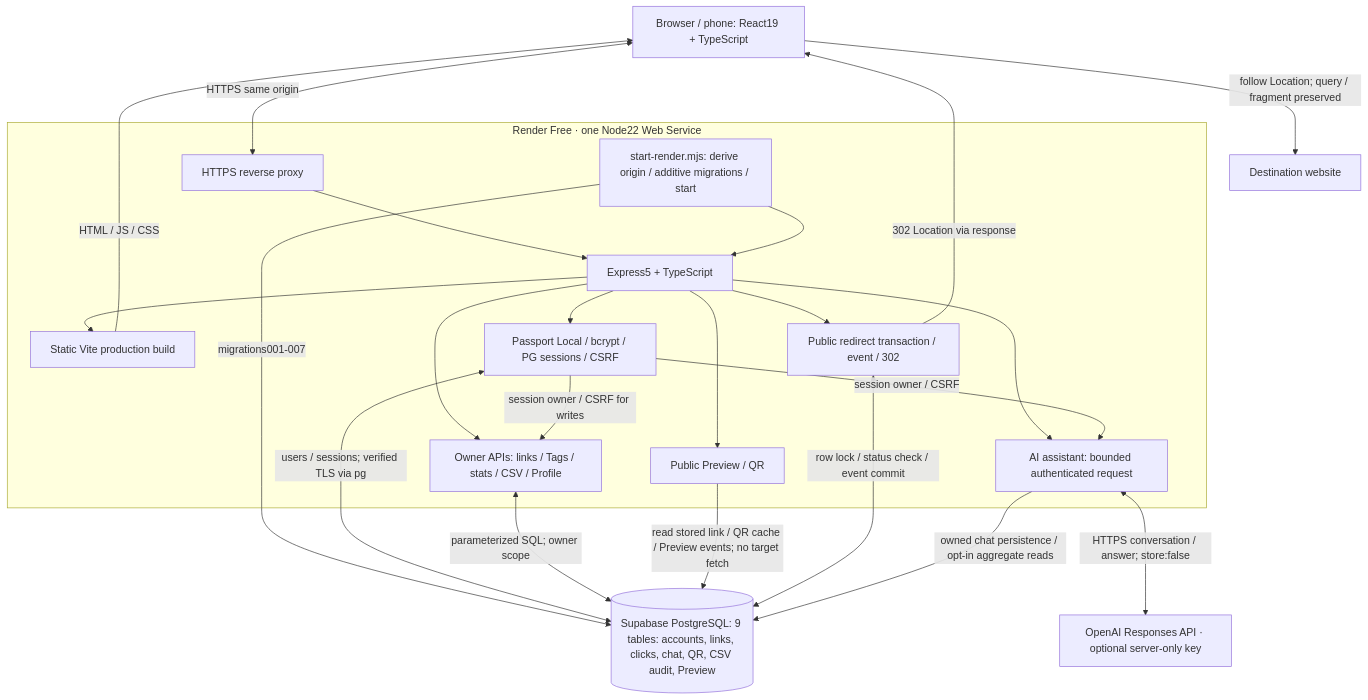
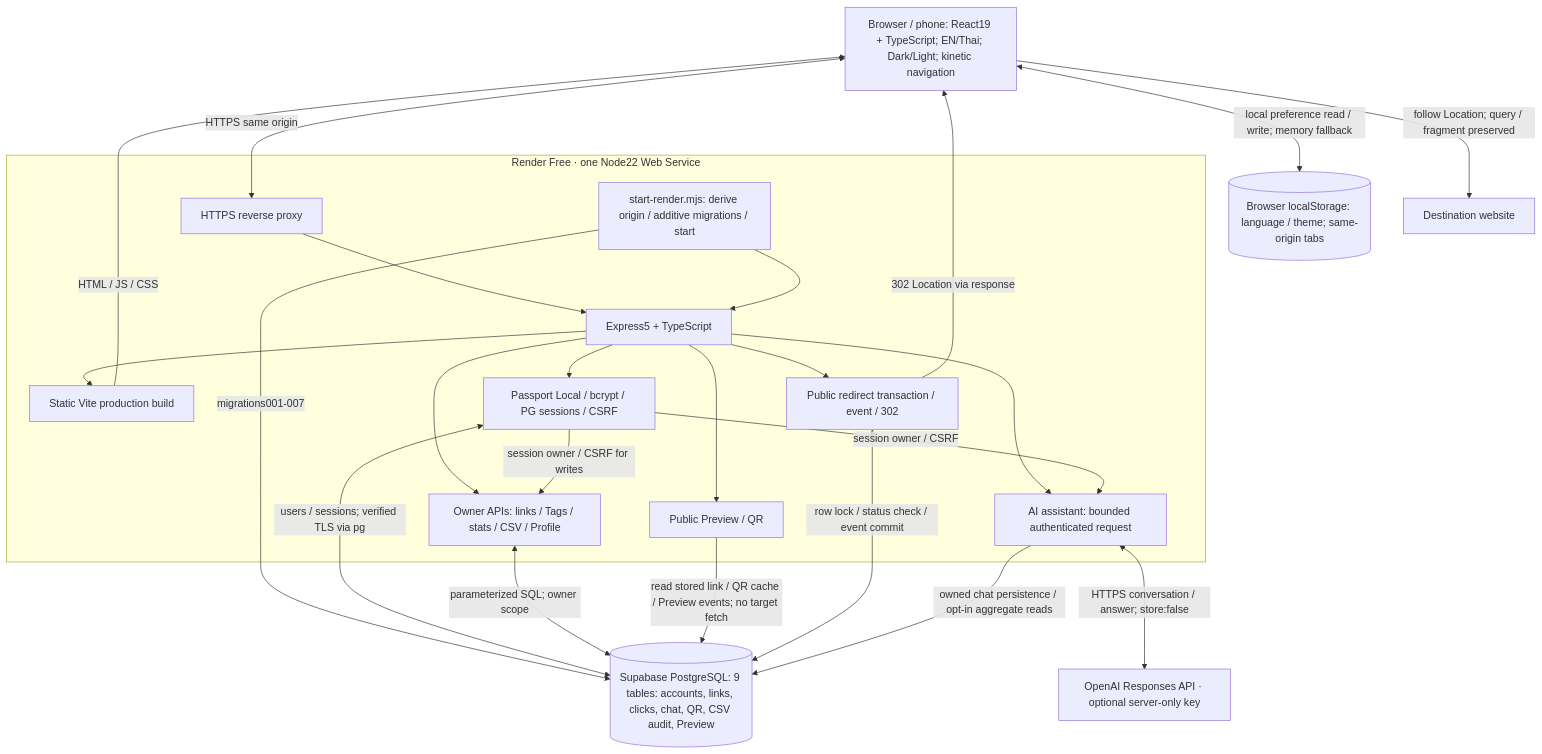
Before and after one commit to nicky-wrc/short-url-system: the fourth of 7 diagrams in docs/DIAGRAMS.md, drawn with Mermaid. The commit also changed other lines of this file and 18 other files, not shown here.

Commit message:
feat(ui): add kinetic navigation and themed language menu, update system docs

````diff
--- a/docs/DIAGRAMS.md
+++ b/docs/DIAGRAMS.md
@@ -221,39 +223,41 @@
 ```mermaid
 flowchart TB
-  B["Browser / phone: React19 + TypeScript"]
+  B["Browser / phone: React19 + TypeScript; EN/Thai; Dark/Light; kinetic navigation"]
+  L[("Browser localStorage: language / theme; same-origin tabs")]
+  B <-->|"local preference read / write; memory fallback"| L
   subgraph R["Render Free · one Node22 Web Service"]
     H["HTTPS reverse proxy"]
     E["Express5 + TypeScript"]
     S["Static Vite production build"]
     A["Passport Local / bcrypt / PG sessions / CSRF"]
     M["Owner APIs: links / Tags / stats / CSV / Profile"]
     P["Public Preview / QR"]
     X["Public redirect transaction / event / 302"]
     C["AI assistant: bounded authenticated request"]
     START["start-render.mjs: derive origin / additive migrations / start"]
   end
   D[("Supabase PostgreSQL: 9 tables: accounts, links, clicks, chat, QR, CSV audit, Preview")]
   AI["OpenAI Responses API · optional server-only key"]
   T["Destination website"]
   B <-->|"HTTPS same origin"| H
   H --> E
   START --> E
   START -->|"migrations001-007"| D
   E --> S
   S -->|"HTML / JS / CSS"| B
   E --> A
   E --> M
   E --> P
   E --> X
   E --> C
   A <-->|"users / sessions; verified TLS via pg"| D
   A -->|"session owner / CSRF for writes"| M
   A -->|"session owner / CSRF"| C
   M <-->|"parameterized SQL; owner scope"| D
   P -->|"read stored link / QR cache / Preview events; no target fetch"| D
   X <-->|"row lock / status check / event commit"| D
   C -->|"owned chat persistence / opt-in aggregate reads"| D
   C <-->|"HTTPS conversation / answer; store:false"| AI
   X -->|"302 Location via response"| B
   B -->|"follow Location; query / fragment preserved"| T
 ```
````
